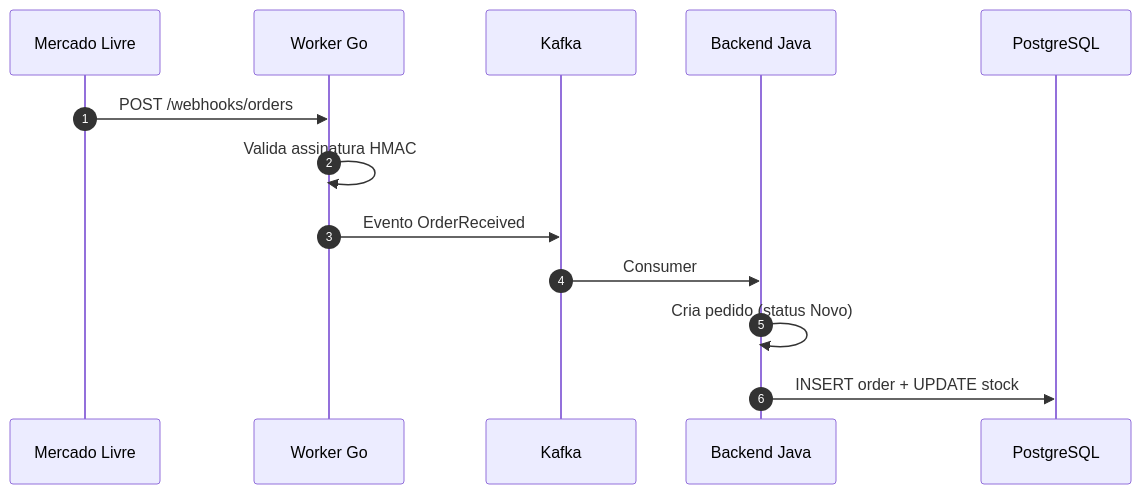
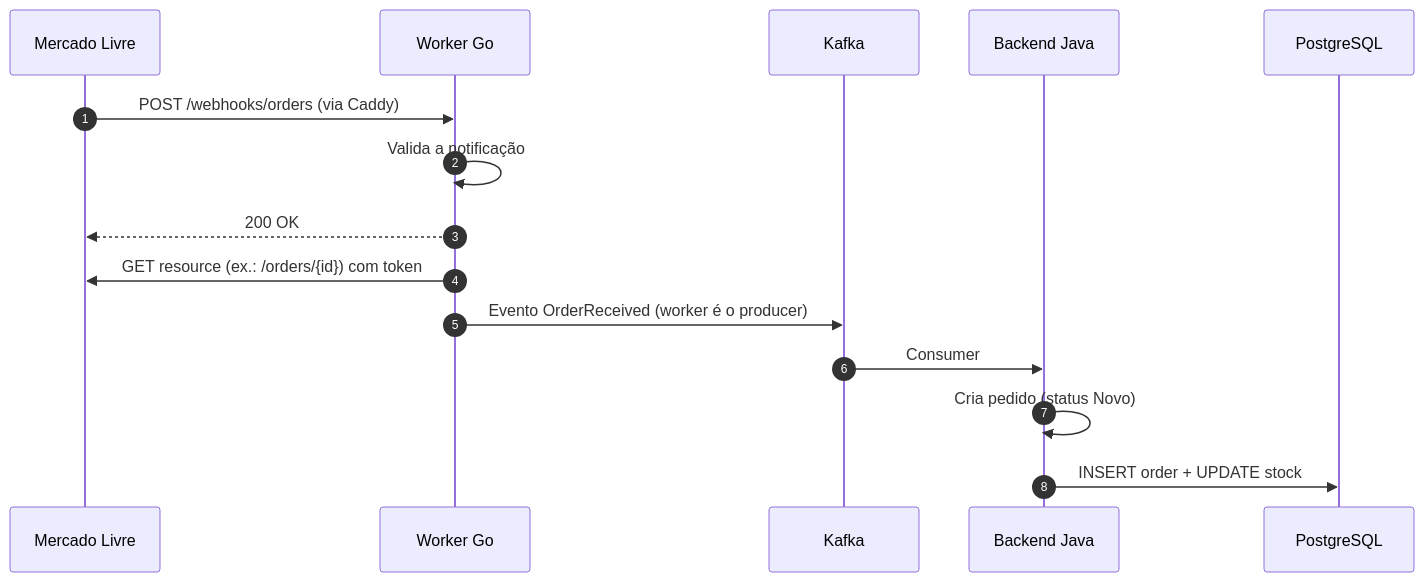
Before and after one commit to jhowzin-dev/ERP: the tenth of 22 diagrams in README.md, drawn with Mermaid. The commit also changed other lines of this file and 1 other file, not shown here.

````diff
--- a/README.md
+++ b/README.md
@@ -623,16 +704,18 @@
 ```mermaid
 sequenceDiagram
     autonumber
     participant ML as Mercado Livre
     participant W as Worker Go
     participant K as Kafka
     participant BE as Backend Java
     participant DB as PostgreSQL
 
-    ML->>W: POST /webhooks/orders
-    W->>W: Valida assinatura HMAC
-    W->>K: Evento OrderReceived
+    ML->>W: POST /webhooks/orders (via Caddy)
+    W->>W: Valida a notificação
+    W-->>ML: 200 OK
+    W->>ML: GET resource (ex.: /orders/{id}) com token
+    W->>K: Evento OrderReceived (worker é o producer)
     K->>BE: Consumer
     BE->>BE: Cria pedido (status Novo)
     BE->>DB: INSERT order + UPDATE stock
 ```
````
